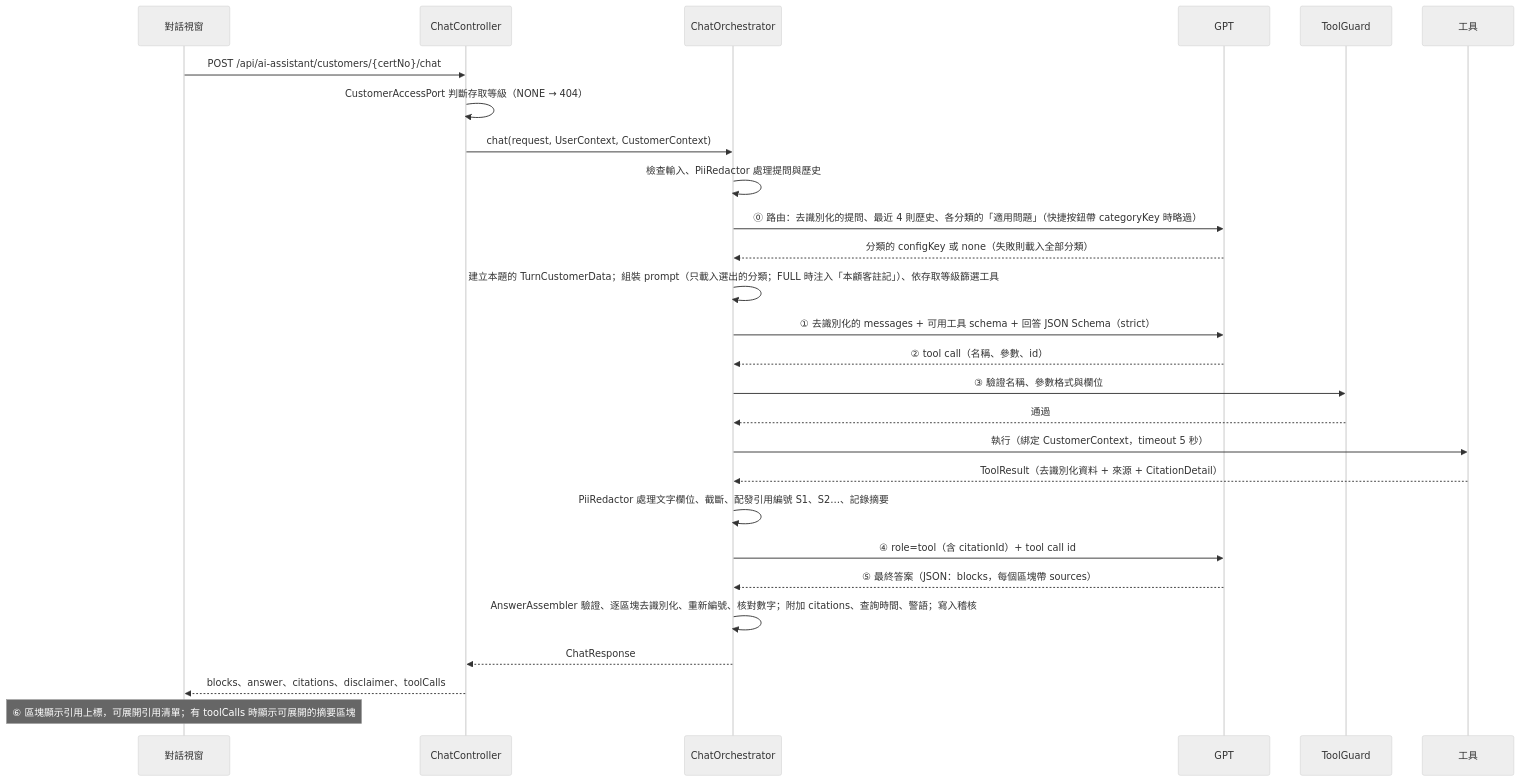
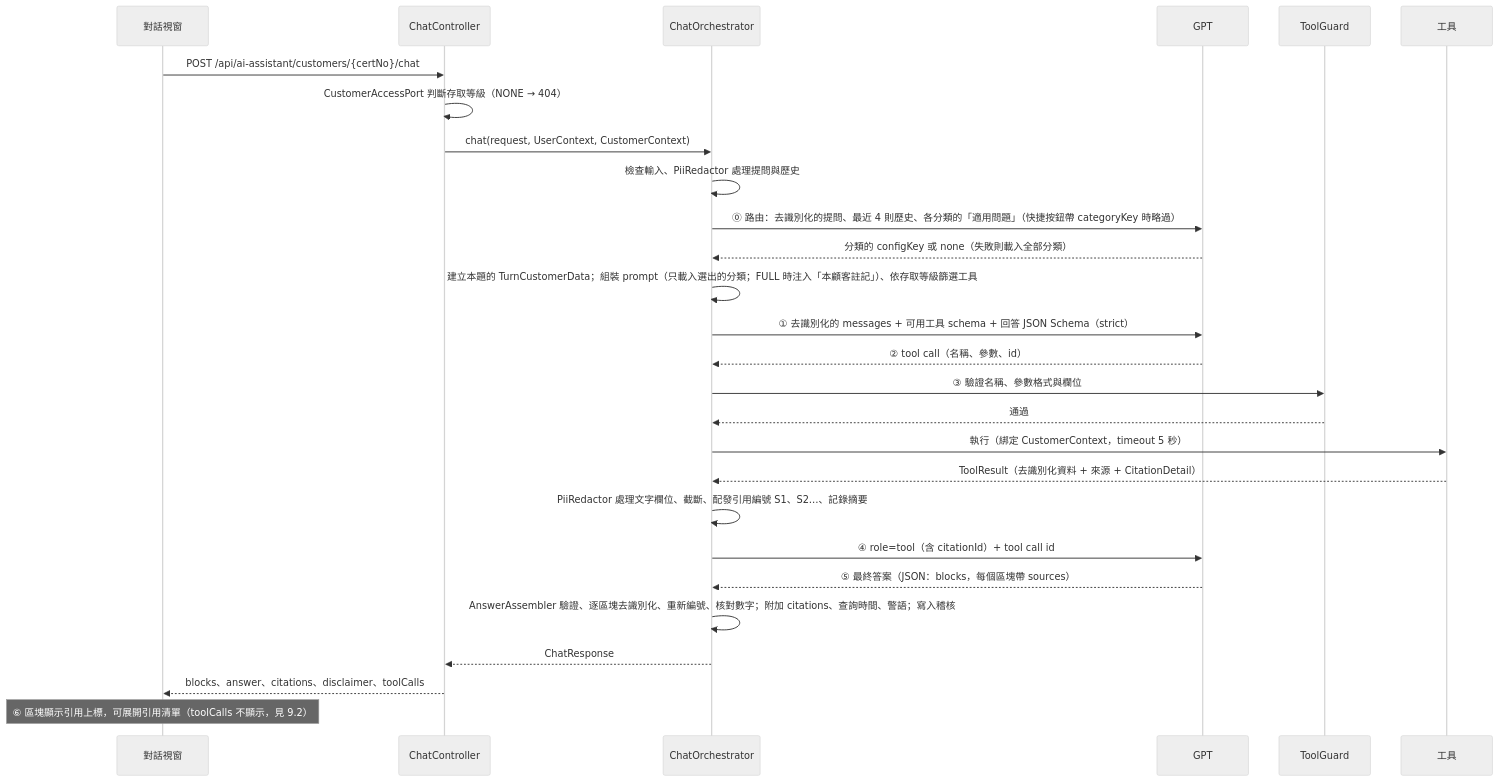
Before and after one commit to Rue1216/assistant-poc: the second of 2 diagrams in docs/spec/01-architecture.md, drawn with Mermaid (neutral theme). The commit also changed other lines of this file and 8 other files, not shown here.

````diff
--- a/docs/spec/01-architecture.md
+++ b/docs/spec/01-architecture.md
@@ -114,30 +114,30 @@
 ```mermaid
 sequenceDiagram
   participant U as 對話視窗
   participant C as ChatController
   participant O as ChatOrchestrator
   participant G as GPT
   participant TG as ToolGuard
   participant T as 工具
 
   U->>C: POST /api/ai-assistant/customers/{certNo}/chat
   C->>C: CustomerAccessPort 判斷存取等級（NONE → 404）
   C->>O: chat(request, UserContext, CustomerContext)
   O->>O: 檢查輸入、PiiRedactor 處理提問與歷史
   O->>G: ⓪ 路由：去識別化的提問、最近 4 則歷史、各分類的「適用問題」（快捷按鈕帶 categoryKey 時略過）
   G-->>O: 分類的 configKey 或 none（失敗則載入全部分類）
   O->>O: 建立本題的 TurnCustomerData；組裝 prompt（只載入選出的分類；FULL 時注入「本顧客註記」）、依存取等級篩選工具
   O->>G: ① 去識別化的 messages + 可用工具 schema + 回答 JSON Schema（strict）
   G-->>O: ② tool call（名稱、參數、id）
   O->>TG: ③ 驗證名稱、參數格式與欄位
   TG-->>O: 通過
   O->>T: 執行（綁定 CustomerContext，timeout 5 秒）
   T-->>O: ToolResult（去識別化資料 + 來源 + CitationDetail）
   O->>O: PiiRedactor 處理文字欄位、截斷、配發引用編號 S1、S2…、記錄摘要
   O->>G: ④ role=tool（含 citationId）+ tool call id
   G-->>O: ⑤ 最終答案（JSON：blocks，每個區塊帶 sources）
   O->>O: AnswerAssembler 驗證、逐區塊去識別化、重新編號、核對數字；附加 citations、查詢時間、警語；寫入稽核
   O-->>C: ChatResponse
   C-->>U: blocks、answer、citations、disclaimer、toolCalls
-  Note over U: ⑥ 區塊顯示引用上標，可展開引用清單；有 toolCalls 時顯示可展開的摘要區塊
+  Note over U: ⑥ 區塊顯示引用上標，可展開引用清單（toolCalls 不顯示，見 9.2）
 ```
````
